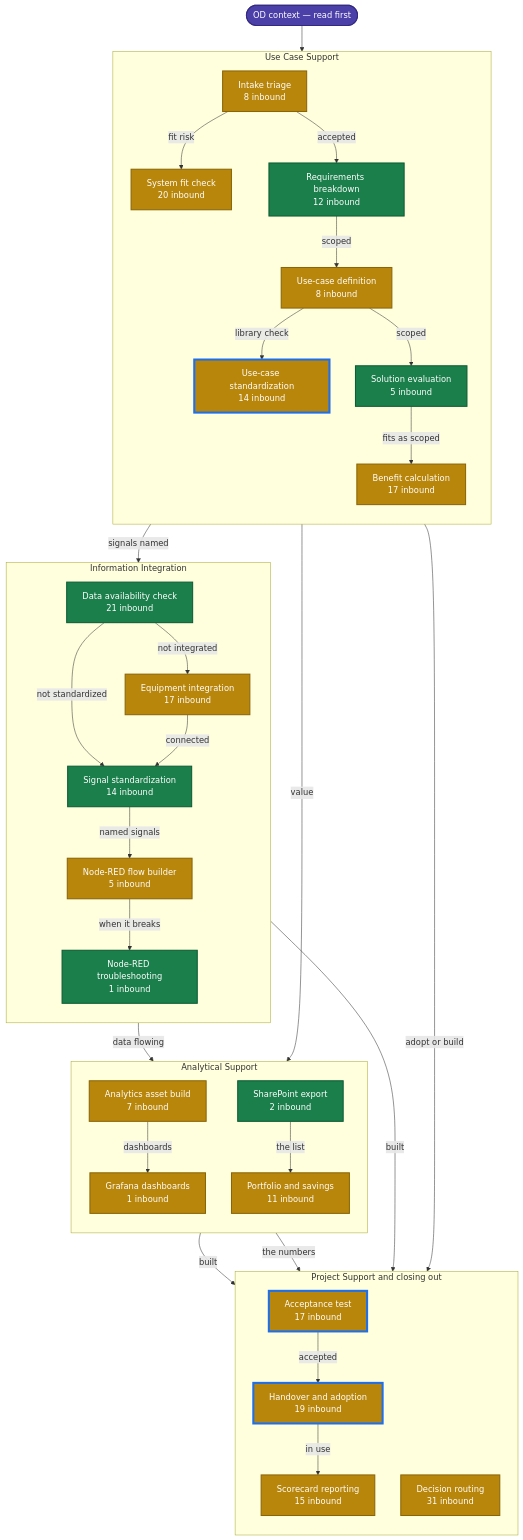
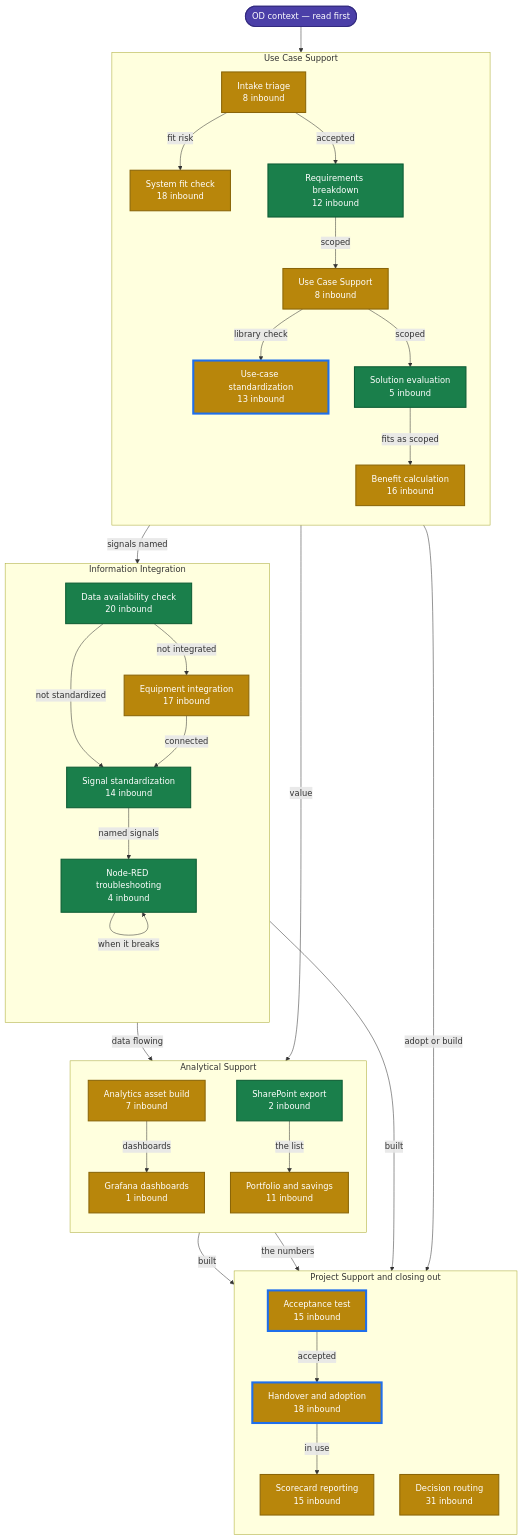
Before and after one commit to ops-digit-io/operations-digitalization-skill-registry: the diagram in docs/skill-state-map.md, drawn with Mermaid. The commit also changed other lines of this file and 153 other files, not shown here.

First line of the commit message:
Merge related core skills: od-catalog, od-node-red-flows, od-use-case-definition

````diff
--- a/docs/skill-state-map.md
+++ b/docs/skill-state-map.md
@@ -20,69 +20,69 @@
 ```mermaid
 flowchart TD
     ctx(["OD context — read first"])
     subgraph UC["Use Case Support"]
     direction TB
         od_use_case_intake_triage["Intake triage<br/>8 inbound"]
-        od_system_fit_check["System fit check<br/>20 inbound"]
+        od_system_fit_check["System fit check<br/>18 inbound"]
         od_requirements_breakdown["Requirements breakdown<br/>12 inbound"]
-        od_use_case_definition["Use-case definition<br/>8 inbound"]
+        od_use_case_definition["Use Case Support<br/>8 inbound"]
         od_use_case_solution_evaluation["Solution evaluation<br/>5 inbound"]
-        od_use_case_standardization["Use-case standardization<br/>14 inbound"]
-        od_benefit_calculation["Benefit calculation<br/>17 inbound"]
+        od_use_case_standardization["Use-case standardization<br/>13 inbound"]
+        od_benefit_calculation["Benefit calculation<br/>16 inbound"]
     end
     subgraph II["Information Integration"]
     direction TB
-        od_data_availability_check["Data availability check<br/>21 inbound"]
+        od_data_availability_check["Data availability check<br/>20 inbound"]
         od_equipment_integration["Equipment integration<br/>17 inbound"]
         od_signal_standardization["Signal standardization<br/>14 inbound"]
-        od_node_red_flow_builder["Node-RED flow builder<br/>5 inbound"]
-        od_node_red_flow_troubleshooting["Node-RED troubleshooting<br/>1 inbound"]
+        od_node_red_flows["Node-RED troubleshooting<br/>4 inbound"]
+        od_node_red_flows["Node-RED troubleshooting<br/>4 inbound"]
     end
     subgraph AS["Analytical Support"]
     direction TB
         od_analytics_asset_build["Analytics asset build<br/>7 inbound"]
         build_grafana_ops_dashboard["Grafana dashboards<br/>1 inbound"]
         od_portfolio_and_savings_analysis["Portfolio and savings<br/>11 inbound"]
         od_sharepoint_list_export["SharePoint export<br/>2 inbound"]
     end
     subgraph PS["Project Support and closing out"]
     direction TB
-        od_acceptance_test["Acceptance test<br/>17 inbound"]
-        od_handover_and_adoption["Handover and adoption<br/>19 inbound"]
+        od_acceptance_test["Acceptance test<br/>15 inbound"]
+        od_handover_and_adoption["Handover and adoption<br/>18 inbound"]
         od_scorecard_reporting["Scorecard reporting<br/>15 inbound"]
         od_decision_routing["Decision routing<br/>31 inbound"]
     end
     od_use_case_intake_triage -->|fit risk| od_system_fit_check
     od_use_case_intake_triage -->|accepted| od_requirements_breakdown
     od_requirements_breakdown -->|scoped| od_use_case_definition
     od_requirements_breakdown -->|signals named| od_data_availability_check
     od_use_case_definition -->|library check| od_use_case_standardization
     od_use_case_definition -->|scoped| od_use_case_solution_evaluation
     od_use_case_solution_evaluation -->|fits as scoped| od_benefit_calculation
     od_data_availability_check -->|not integrated| od_equipment_integration
     od_data_availability_check -->|not standardized| od_signal_standardization
     od_equipment_integration -->|connected| od_signal_standardization
-    od_signal_standardization -->|named signals| od_node_red_flow_builder
-    od_node_red_flow_builder -->|when it breaks| od_node_red_flow_troubleshooting
-    od_node_red_flow_builder -->|data flowing| od_analytics_asset_build
+    od_signal_standardization -->|named signals| od_node_red_flows
+    od_node_red_flows -->|when it breaks| od_node_red_flows
+    od_node_red_flows -->|data flowing| od_analytics_asset_build
     od_analytics_asset_build -->|dashboards| build_grafana_ops_dashboard
     od_analytics_asset_build -->|built| od_acceptance_test
-    od_node_red_flow_builder -->|built| od_acceptance_test
+    od_node_red_flows -->|built| od_acceptance_test
     od_acceptance_test -->|accepted| od_handover_and_adoption
     od_handover_and_adoption -->|in use| od_scorecard_reporting
     od_benefit_calculation -->|value| od_portfolio_and_savings_analysis
     od_sharepoint_list_export -->|the list| od_portfolio_and_savings_analysis
     od_portfolio_and_savings_analysis -->|the numbers| od_scorecard_reporting
     od_use_case_standardization -->|adopt or build| od_decision_routing
     ctx --> od_use_case_intake_triage
 
     classDef deep fill:#1a7f4b,stroke:#0d5c34,color:#ffffff,stroke-width:2px;
     classDef documented fill:#b8860b,stroke:#8a6508,color:#ffffff,stroke-width:2px;
     classDef stub fill:#e8e8e8,stroke:#9a9a9a,color:#333333,stroke-dasharray:4 3;
     classDef nxt stroke:#1f6feb,stroke-width:4px;
     classDef ctx fill:#4b3fa8,stroke:#332a80,color:#ffffff,stroke-width:2px;
-    class od_requirements_breakdown,od_use_case_solution_evaluation,od_data_availability_check,od_sharepoint_list_export,od_signal_standardization,od_node_red_flow_troubleshooting deep;
-    class od_use_case_intake_triage,od_system_fit_check,od_use_case_definition,od_benefit_calculation,od_use_case_standardization,od_equipment_integration,od_acceptance_test,od_handover_and_adoption,od_analytics_asset_build,od_scorecard_reporting,od_portfolio_and_savings_analysis,od_decision_routing,build_grafana_ops_dashboard,od_node_red_flow_builder documented;
+    class od_requirements_breakdown,od_use_case_solution_evaluation,od_data_availability_check,od_sharepoint_list_export,od_signal_standardization,od_node_red_flows deep;
+    class od_use_case_intake_triage,od_system_fit_check,od_use_case_definition,od_benefit_calculation,od_use_case_standardization,od_equipment_integration,od_acceptance_test,od_handover_and_adoption,od_analytics_asset_build,od_scorecard_reporting,od_portfolio_and_savings_analysis,od_decision_routing,build_grafana_ops_dashboard documented;
     class od_acceptance_test,od_use_case_standardization,od_handover_and_adoption nxt;
     class ctx ctx;
 ```
````
